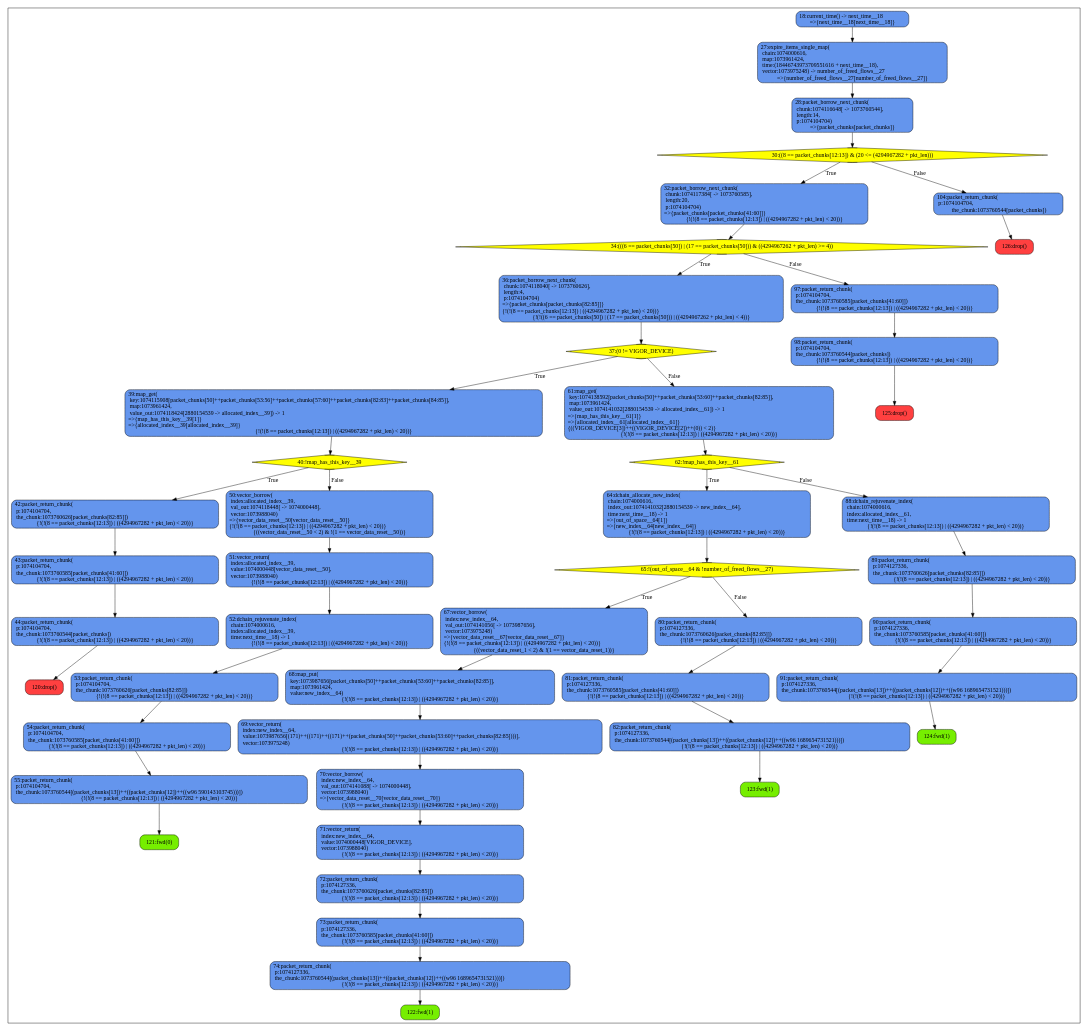
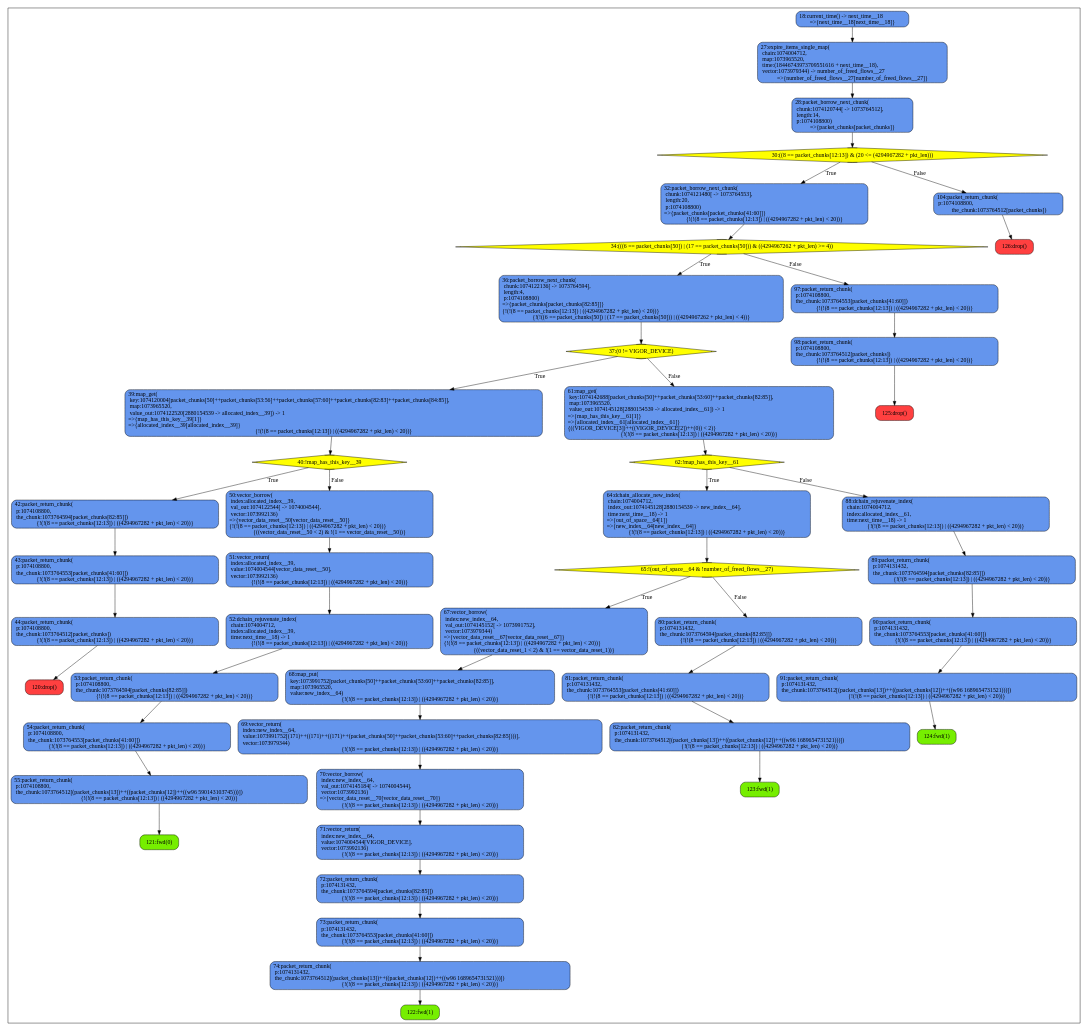
Before and after one commit to gui-baeta/synapse: the diagram in bdds/fw.gv, drawn with Graphviz. The commit also changed 45 other files, not shown here.

```diff
--- a/bdds/fw.gv
+++ b/bdds/fw.gv
@@ -3,97 +3,97 @@
 	subgraph clusterprocess {
 		node [style="rounded,filled",color=black];
 		120 [label="120:drop()", fillcolor="brown1"];
-		44 [label="44:packet_return_chunk(\l  p:1074104704,\l  the_chunk:1073760544[packet_chunks])\l{!(!(8 == packet_chunks[12:13]) | ((4294967282 + pkt_len) < 20))}", fillcolor="cornflowerblue"];
+		44 [label="44:packet_return_chunk(\l  p:1074108800,\l  the_chunk:1073764512[packet_chunks])\l{!(!(8 == packet_chunks[12:13]) | ((4294967282 + pkt_len) < 20))}", fillcolor="cornflowerblue"];
 		44 -> 120;
-		43 [label="43:packet_return_chunk(\l  p:1074104704,\l  the_chunk:1073760585[packet_chunks[41:60]])\l{!(!(8 == packet_chunks[12:13]) | ((4294967282 + pkt_len) < 20))}", fillcolor="cornflowerblue"];
+		43 [label="43:packet_return_chunk(\l  p:1074108800,\l  the_chunk:1073764553[packet_chunks[41:60]])\l{!(!(8 == packet_chunks[12:13]) | ((4294967282 + pkt_len) < 20))}", fillcolor="cornflowerblue"];
 		43 -> 44;
-		42 [label="42:packet_return_chunk(\l  p:1074104704,\l  the_chunk:1073760626[packet_chunks[82:85]])\l{!(!(8 == packet_chunks[12:13]) | ((4294967282 + pkt_len) < 20))}", fillcolor="cornflowerblue"];
+		42 [label="42:packet_return_chunk(\l  p:1074108800,\l  the_chunk:1073764594[packet_chunks[82:85]])\l{!(!(8 == packet_chunks[12:13]) | ((4294967282 + pkt_len) < 20))}", fillcolor="cornflowerblue"];
 		42 -> 43;
 		121 [label="121:fwd(0)", fillcolor="chartreuse2"];
-		55 [label="55:packet_return_chunk(\l  p:1074104704,\l  the_chunk:1073760544[(packet_chunks[13])++((packet_chunks[12])++((w96 590143103745)))])\l{!(!(8 == packet_chunks[12:13]) | ((4294967282 + pkt_len) < 20))}", fillcolor="cornflowerblue"];
+		55 [label="55:packet_return_chunk(\l  p:1074108800,\l  the_chunk:1073764512[(packet_chunks[13])++((packet_chunks[12])++((w96 590143103745)))])\l{!(!(8 == packet_chunks[12:13]) | ((4294967282 + pkt_len) < 20))}", fillcolor="cornflowerblue"];
 		55 -> 121;
-		54 [label="54:packet_return_chunk(\l  p:1074104704,\l  the_chunk:1073760585[packet_chunks[41:60]])\l{!(!(8 == packet_chunks[12:13]) | ((4294967282 + pkt_len) < 20))}", fillcolor="cornflowerblue"];
+		54 [label="54:packet_return_chunk(\l  p:1074108800,\l  the_chunk:1073764553[packet_chunks[41:60]])\l{!(!(8 == packet_chunks[12:13]) | ((4294967282 + pkt_len) < 20))}", fillcolor="cornflowerblue"];
 		54 -> 55;
-		53 [label="53:packet_return_chunk(\l  p:1074104704,\l  the_chunk:1073760626[packet_chunks[82:85]])\l{!(!(8 == packet_chunks[12:13]) | ((4294967282 + pkt_len) < 20))}", fillcolor="cornflowerblue"];
+		53 [label="53:packet_return_chunk(\l  p:1074108800,\l  the_chunk:1073764594[packet_chunks[82:85]])\l{!(!(8 == packet_chunks[12:13]) | ((4294967282 + pkt_len) < 20))}", fillcolor="cornflowerblue"];
 		53 -> 54;
-		52 [label="52:dchain_rejuvenate_index(\l  chain:1074000616,\l  index:allocated_index__39,\l  time:next_time__18) -> 1\l{!(!(8 == packet_chunks[12:13]) | ((4294967282 + pkt_len) < 20))}", fillcolor="cornflowerblue"];
+		52 [label="52:dchain_rejuvenate_index(\l  chain:1074004712,\l  index:allocated_index__39,\l  time:next_time__18) -> 1\l{!(!(8 == packet_chunks[12:13]) | ((4294967282 + pkt_len) < 20))}", fillcolor="cornflowerblue"];
 		52 -> 53;
-		51 [label="51:vector_return(\l  index:allocated_index__39,\l  value:1074000448[vector_data_reset__50],\l  vector:1073988040)\l{!(!(8 == packet_chunks[12:13]) | ((4294967282 + pkt_len) < 20))}", fillcolor="cornflowerblue"];
+		51 [label="51:vector_return(\l  index:allocated_index__39,\l  value:1074004544[vector_data_reset__50],\l  vector:1073992136)\l{!(!(8 == packet_chunks[12:13]) | ((4294967282 + pkt_len) < 20))}", fillcolor="cornflowerblue"];
 		51 -> 52;
-		50 [label="50:vector_borrow(\l  index:allocated_index__39,\l  val_out:1074118448[ -> 1074000448],\l  vector:1073988040)\l=>{vector_data_reset__50[vector_data_reset__50]}\l{!(!(8 == packet_chunks[12:13]) | ((4294967282 + pkt_len) < 20))}\l{((vector_data_reset__50 < 2) & !(1 == vector_data_reset__50))}", fillcolor="cornflowerblue"];
+		50 [label="50:vector_borrow(\l  index:allocated_index__39,\l  val_out:1074122544[ -> 1074004544],\l  vector:1073992136)\l=>{vector_data_reset__50[vector_data_reset__50]}\l{!(!(8 == packet_chunks[12:13]) | ((4294967282 + pkt_len) < 20))}\l{((vector_data_reset__50 < 2) & !(1 == vector_data_reset__50))}", fillcolor="cornflowerblue"];
 		50 -> 51;
 		40 [shape=Mdiamond, label="40:!map_has_this_key__39", fillcolor="yellow"];
 		40 -> 42 [label="True"];
 		40 -> 50 [label="False"];
-		39 [label="39:map_get(\l  key:1074115908[packet_chunks[50]++packet_chunks[53:56]++packet_chunks[57:60]++packet_chunks[82:83]++packet_chunks[84:85]],\l  map:1073961424,\l  value_out:1074118424[2880154539 -> allocated_index__39]) -> 1\l=>{map_has_this_key__39[1]}\l=>{allocated_index__39[allocated_index__39]}\l{!(!(8 == packet_chunks[12:13]) | ((4294967282 + pkt_len) < 20))}", fillcolor="cornflowerblue"];
+		39 [label="39:map_get(\l  key:1074120004[packet_chunks[50]++packet_chunks[53:56]++packet_chunks[57:60]++packet_chunks[82:83]++packet_chunks[84:85]],\l  map:1073965520,\l  value_out:1074122520[2880154539 -> allocated_index__39]) -> 1\l=>{map_has_this_key__39[1]}\l=>{allocated_index__39[allocated_index__39]}\l{!(!(8 == packet_chunks[12:13]) | ((4294967282 + pkt_len) < 20))}", fillcolor="cornflowerblue"];
 		39 -> 40;
 		122 [label="122:fwd(1)", fillcolor="chartreuse2"];
-		74 [label="74:packet_return_chunk(\l  p:1074127336,\l  the_chunk:1073760544[(packet_chunks[13])++((packet_chunks[12])++((w96 1689654731521)))])\l{!(!(8 == packet_chunks[12:13]) | ((4294967282 + pkt_len) < 20))}", fillcolor="cornflowerblue"];
+		74 [label="74:packet_return_chunk(\l  p:1074131432,\l  the_chunk:1073764512[(packet_chunks[13])++((packet_chunks[12])++((w96 1689654731521)))])\l{!(!(8 == packet_chunks[12:13]) | ((4294967282 + pkt_len) < 20))}", fillcolor="cornflowerblue"];
 		74 -> 122;
-		73 [label="73:packet_return_chunk(\l  p:1074127336,\l  the_chunk:1073760585[packet_chunks[41:60]])\l{!(!(8 == packet_chunks[12:13]) | ((4294967282 + pkt_len) < 20))}", fillcolor="cornflowerblue"];
+		73 [label="73:packet_return_chunk(\l  p:1074131432,\l  the_chunk:1073764553[packet_chunks[41:60]])\l{!(!(8 == packet_chunks[12:13]) | ((4294967282 + pkt_len) < 20))}", fillcolor="cornflowerblue"];
 		73 -> 74;
-		72 [label="72:packet_return_chunk(\l  p:1074127336,\l  the_chunk:1073760626[packet_chunks[82:85]])\l{!(!(8 == packet_chunks[12:13]) | ((4294967282 + pkt_len) < 20))}", fillcolor="cornflowerblue"];
+		72 [label="72:packet_return_chunk(\l  p:1074131432,\l  the_chunk:1073764594[packet_chunks[82:85]])\l{!(!(8 == packet_chunks[12:13]) | ((4294967282 + pkt_len) < 20))}", fillcolor="cornflowerblue"];
 		72 -> 73;
-		71 [label="71:vector_return(\l  index:new_index__64,\l  value:1074000448[VIGOR_DEVICE],\l  vector:1073988040)\l{!(!(8 == packet_chunks[12:13]) | ((4294967282 + pkt_len) < 20))}", fillcolor="cornflowerblue"];
+		71 [label="71:vector_return(\l  index:new_index__64,\l  value:1074004544[VIGOR_DEVICE],\l  vector:1073992136)\l{!(!(8 == packet_chunks[12:13]) | ((4294967282 + pkt_len) < 20))}", fillcolor="cornflowerblue"];
 		71 -> 72;
-		70 [label="70:vector_borrow(\l  index:new_index__64,\l  val_out:1074141088[ -> 1074000448],\l  vector:1073988040)\l=>{vector_data_reset__70[vector_data_reset__70]}\l{!(!(8 == packet_chunks[12:13]) | ((4294967282 + pkt_len) < 20))}", fillcolor="cornflowerblue"];
+		70 [label="70:vector_borrow(\l  index:new_index__64,\l  val_out:1074145184[ -> 1074004544],\l  vector:1073992136)\l=>{vector_data_reset__70[vector_data_reset__70]}\l{!(!(8 == packet_chunks[12:13]) | ((4294967282 + pkt_len) < 20))}", fillcolor="cornflowerblue"];
 		70 -> 71;
-		69 [label="69:vector_return(\l  index:new_index__64,\l  value:1073987656[(171)++((171)++((171)++(packet_chunks[50]++packet_chunks[53:60]++packet_chunks[82:85])))],\l  vector:1073975248)\l{!(!(8 == packet_chunks[12:13]) | ((4294967282 + pkt_len) < 20))}", fillcolor="cornflowerblue"];
+		69 [label="69:vector_return(\l  index:new_index__64,\l  value:1073991752[(171)++((171)++((171)++(packet_chunks[50]++packet_chunks[53:60]++packet_chunks[82:85])))],\l  vector:1073979344)\l{!(!(8 == packet_chunks[12:13]) | ((4294967282 + pkt_len) < 20))}", fillcolor="cornflowerblue"];
 		69 -> 70;
-		68 [label="68:map_put(\l  key:1073987656[packet_chunks[50]++packet_chunks[53:60]++packet_chunks[82:85]],\l  map:1073961424,\l  value:new_index__64)\l{!(!(8 == packet_chunks[12:13]) | ((4294967282 + pkt_len) < 20))}", fillcolor="cornflowerblue"];
+		68 [label="68:map_put(\l  key:1073991752[packet_chunks[50]++packet_chunks[53:60]++packet_chunks[82:85]],\l  map:1073965520,\l  value:new_index__64)\l{!(!(8 == packet_chunks[12:13]) | ((4294967282 + pkt_len) < 20))}", fillcolor="cornflowerblue"];
 		68 -> 69;
-		67 [label="67:vector_borrow(\l  index:new_index__64,\l  val_out:1074141056[ -> 1073987656],\l  vector:1073975248)\l=>{vector_data_reset__67[vector_data_reset__67]}\l{!(!(8 == packet_chunks[12:13]) | ((4294967282 + pkt_len) < 20))}\l{((vector_data_reset_1 < 2) & !(1 == vector_data_reset_1))}", fillcolor="cornflowerblue"];
+		67 [label="67:vector_borrow(\l  index:new_index__64,\l  val_out:1074145152[ -> 1073991752],\l  vector:1073979344)\l=>{vector_data_reset__67[vector_data_reset__67]}\l{!(!(8 == packet_chunks[12:13]) | ((4294967282 + pkt_len) < 20))}\l{((vector_data_reset_1 < 2) & !(1 == vector_data_reset_1))}", fillcolor="cornflowerblue"];
 		67 -> 68;
 		123 [label="123:fwd(1)", fillcolor="chartreuse2"];
-		82 [label="82:packet_return_chunk(\l  p:1074127336,\l  the_chunk:1073760544[(packet_chunks[13])++((packet_chunks[12])++((w96 1689654731521)))])\l{!(!(8 == packet_chunks[12:13]) | ((4294967282 + pkt_len) < 20))}", fillcolor="cornflowerblue"];
+		82 [label="82:packet_return_chunk(\l  p:1074131432,\l  the_chunk:1073764512[(packet_chunks[13])++((packet_chunks[12])++((w96 1689654731521)))])\l{!(!(8 == packet_chunks[12:13]) | ((4294967282 + pkt_len) < 20))}", fillcolor="cornflowerblue"];
 		82 -> 123;
-		81 [label="81:packet_return_chunk(\l  p:1074127336,\l  the_chunk:1073760585[packet_chunks[41:60]])\l{!(!(8 == packet_chunks[12:13]) | ((4294967282 + pkt_len) < 20))}", fillcolor="cornflowerblue"];
+		81 [label="81:packet_return_chunk(\l  p:1074131432,\l  the_chunk:1073764553[packet_chunks[41:60]])\l{!(!(8 == packet_chunks[12:13]) | ((4294967282 + pkt_len) < 20))}", fillcolor="cornflowerblue"];
 		81 -> 82;
-		80 [label="80:packet_return_chunk(\l  p:1074127336,\l  the_chunk:1073760626[packet_chunks[82:85]])\l{!(!(8 == packet_chunks[12:13]) | ((4294967282 + pkt_len) < 20))}", fillcolor="cornflowerblue"];
+		80 [label="80:packet_return_chunk(\l  p:1074131432,\l  the_chunk:1073764594[packet_chunks[82:85]])\l{!(!(8 == packet_chunks[12:13]) | ((4294967282 + pkt_len) < 20))}", fillcolor="cornflowerblue"];
 		80 -> 81;
 		65 [shape=Mdiamond, label="65:!(out_of_space__64 & !number_of_freed_flows__27)", fillcolor="yellow"];
 		65 -> 67 [label="True"];
 		65 -> 80 [label="False"];
-		64 [label="64:dchain_allocate_new_index(\l  chain:1074000616,\l  index_out:1074141032[2880154539 -> new_index__64],\l  time:next_time__18) -> 1\l=>{out_of_space__64[1]}\l=>{new_index__64[new_index__64]}\l{!(!(8 == packet_chunks[12:13]) | ((4294967282 + pkt_len) < 20))}", fillcolor="cornflowerblue"];
+		64 [label="64:dchain_allocate_new_index(\l  chain:1074004712,\l  index_out:1074145128[2880154539 -> new_index__64],\l  time:next_time__18) -> 1\l=>{out_of_space__64[1]}\l=>{new_index__64[new_index__64]}\l{!(!(8 == packet_chunks[12:13]) | ((4294967282 + pkt_len) < 20))}", fillcolor="cornflowerblue"];
 		64 -> 65;
 		124 [label="124:fwd(1)", fillcolor="chartreuse2"];
-		91 [label="91:packet_return_chunk(\l  p:1074127336,\l  the_chunk:1073760544[(packet_chunks[13])++((packet_chunks[12])++((w96 1689654731521)))])\l{!(!(8 == packet_chunks[12:13]) | ((4294967282 + pkt_len) < 20))}", fillcolor="cornflowerblue"];
+		91 [label="91:packet_return_chunk(\l  p:1074131432,\l  the_chunk:1073764512[(packet_chunks[13])++((packet_chunks[12])++((w96 1689654731521)))])\l{!(!(8 == packet_chunks[12:13]) | ((4294967282 + pkt_len) < 20))}", fillcolor="cornflowerblue"];
 		91 -> 124;
-		90 [label="90:packet_return_chunk(\l  p:1074127336,\l  the_chunk:1073760585[packet_chunks[41:60]])\l{!(!(8 == packet_chunks[12:13]) | ((4294967282 + pkt_len) < 20))}", fillcolor="cornflowerblue"];
+		90 [label="90:packet_return_chunk(\l  p:1074131432,\l  the_chunk:1073764553[packet_chunks[41:60]])\l{!(!(8 == packet_chunks[12:13]) | ((4294967282 + pkt_len) < 20))}", fillcolor="cornflowerblue"];
 		90 -> 91;
-		89 [label="89:packet_return_chunk(\l  p:1074127336,\l  the_chunk:1073760626[packet_chunks[82:85]])\l{!(!(8 == packet_chunks[12:13]) | ((4294967282 + pkt_len) < 20))}", fillcolor="cornflowerblue"];
+		89 [label="89:packet_return_chunk(\l  p:1074131432,\l  the_chunk:1073764594[packet_chunks[82:85]])\l{!(!(8 == packet_chunks[12:13]) | ((4294967282 + pkt_len) < 20))}", fillcolor="cornflowerblue"];
 		89 -> 90;
-		88 [label="88:dchain_rejuvenate_index(\l  chain:1074000616,\l  index:allocated_index__61,\l  time:next_time__18) -> 1\l{!(!(8 == packet_chunks[12:13]) | ((4294967282 + pkt_len) < 20))}", fillcolor="cornflowerblue"];
+		88 [label="88:dchain_rejuvenate_index(\l  chain:1074004712,\l  index:allocated_index__61,\l  time:next_time__18) -> 1\l{!(!(8 == packet_chunks[12:13]) | ((4294967282 + pkt_len) < 20))}", fillcolor="cornflowerblue"];
 		88 -> 89;
 		62 [shape=Mdiamond, label="62:!map_has_this_key__61", fillcolor="yellow"];
 		62 -> 64 [label="True"];
 		62 -> 88 [label="False"];
-		61 [label="61:map_get(\l  key:1074138592[packet_chunks[50]++packet_chunks[53:60]++packet_chunks[82:85]],\l  map:1073961424,\l  value_out:1074141032[2880154539 -> allocated_index__61]) -> 1\l=>{map_has_this_key__61[1]}\l=>{allocated_index__61[allocated_index__61]}\l{((VIGOR_DEVICE[3])++((VIGOR_DEVICE[2])++(0)) < 2)}\l{!(!(8 == packet_chunks[12:13]) | ((4294967282 + pkt_len) < 20))}", fillcolor="cornflowerblue"];
+		61 [label="61:map_get(\l  key:1074142688[packet_chunks[50]++packet_chunks[53:60]++packet_chunks[82:85]],\l  map:1073965520,\l  value_out:1074145128[2880154539 -> allocated_index__61]) -> 1\l=>{map_has_this_key__61[1]}\l=>{allocated_index__61[allocated_index__61]}\l{((VIGOR_DEVICE[3])++((VIGOR_DEVICE[2])++(0)) < 2)}\l{!(!(8 == packet_chunks[12:13]) | ((4294967282 + pkt_len) < 20))}", fillcolor="cornflowerblue"];
 		61 -> 62;
 		37 [shape=Mdiamond, label="37:(0 != VIGOR_DEVICE)", fillcolor="yellow"];
 		37 -> 39 [label="True"];
 		37 -> 61 [label="False"];
-		36 [label="36:packet_borrow_next_chunk(\l  chunk:1074118040[ -> 1073760626],\l  length:4,\l  p:1074104704)\l=>{packet_chunks[packet_chunks[82:85]]}\l{!(!(8 == packet_chunks[12:13]) | ((4294967282 + pkt_len) < 20))}\l{!(!((6 == packet_chunks[50]) | (17 == packet_chunks[50])) | ((4294967262 + pkt_len) < 4))}", fillcolor="cornflowerblue"];
+		36 [label="36:packet_borrow_next_chunk(\l  chunk:1074122136[ -> 1073764594],\l  length:4,\l  p:1074108800)\l=>{packet_chunks[packet_chunks[82:85]]}\l{!(!(8 == packet_chunks[12:13]) | ((4294967282 + pkt_len) < 20))}\l{!(!((6 == packet_chunks[50]) | (17 == packet_chunks[50])) | ((4294967262 + pkt_len) < 4))}", fillcolor="cornflowerblue"];
 		36 -> 37;
 		125 [label="125:drop()", fillcolor="brown1"];
-		98 [label="98:packet_return_chunk(\l  p:1074104704,\l  the_chunk:1073760544[packet_chunks])\l{!(!(8 == packet_chunks[12:13]) | ((4294967282 + pkt_len) < 20))}", fillcolor="cornflowerblue"];
+		98 [label="98:packet_return_chunk(\l  p:1074108800,\l  the_chunk:1073764512[packet_chunks])\l{!(!(8 == packet_chunks[12:13]) | ((4294967282 + pkt_len) < 20))}", fillcolor="cornflowerblue"];
 		98 -> 125;
-		97 [label="97:packet_return_chunk(\l  p:1074104704,\l  the_chunk:1073760585[packet_chunks[41:60]])\l{!(!(8 == packet_chunks[12:13]) | ((4294967282 + pkt_len) < 20))}", fillcolor="cornflowerblue"];
+		97 [label="97:packet_return_chunk(\l  p:1074108800,\l  the_chunk:1073764553[packet_chunks[41:60]])\l{!(!(8 == packet_chunks[12:13]) | ((4294967282 + pkt_len) < 20))}", fillcolor="cornflowerblue"];
 		97 -> 98;
 		34 [shape=Mdiamond, label="34:(((6 == packet_chunks[50]) | (17 == packet_chunks[50])) & ((4294967262 + pkt_len) >= 4))", fillcolor="yellow"];
 		34 -> 36 [label="True"];
 		34 -> 97 [label="False"];
-		32 [label="32:packet_borrow_next_chunk(\l  chunk:1074117384[ -> 1073760585],\l  length:20,\l  p:1074104704)\l=>{packet_chunks[packet_chunks[41:60]]}\l{!(!(8 == packet_chunks[12:13]) | ((4294967282 + pkt_len) < 20))}", fillcolor="cornflowerblue"];
+		32 [label="32:packet_borrow_next_chunk(\l  chunk:1074121480[ -> 1073764553],\l  length:20,\l  p:1074108800)\l=>{packet_chunks[packet_chunks[41:60]]}\l{!(!(8 == packet_chunks[12:13]) | ((4294967282 + pkt_len) < 20))}", fillcolor="cornflowerblue"];
 		32 -> 34;
 		126 [label="126:drop()", fillcolor="brown1"];
-		104 [label="104:packet_return_chunk(\l  p:1074104704,\l  the_chunk:1073760544[packet_chunks])", fillcolor="cornflowerblue"];
+		104 [label="104:packet_return_chunk(\l  p:1074108800,\l  the_chunk:1073764512[packet_chunks])", fillcolor="cornflowerblue"];
 		104 -> 126;
 		30 [shape=Mdiamond, label="30:((8 == packet_chunks[12:13]) & (20 <= (4294967282 + pkt_len)))", fillcolor="yellow"];
 		30 -> 32 [label="True"];
 		30 -> 104 [label="False"];
-		28 [label="28:packet_borrow_next_chunk(\l  chunk:1074116648[ -> 1073760544],\l  length:14,\l  p:1074104704)\l=>{packet_chunks[packet_chunks]}", fillcolor="cornflowerblue"];
+		28 [label="28:packet_borrow_next_chunk(\l  chunk:1074120744[ -> 1073764512],\l  length:14,\l  p:1074108800)\l=>{packet_chunks[packet_chunks]}", fillcolor="cornflowerblue"];
 		28 -> 30;
-		27 [label="27:expire_items_single_map(\l  chain:1074000616,\l  map:1073961424,\l  time:(18446743973709551616 + next_time__18),\l  vector:1073975248) -> number_of_freed_flows__27\l=>{number_of_freed_flows__27[number_of_freed_flows__27]}", fillcolor="cornflowerblue"];
+		27 [label="27:expire_items_single_map(\l  chain:1074004712,\l  map:1073965520,\l  time:(18446743973709551616 + next_time__18),\l  vector:1073979344) -> number_of_freed_flows__27\l=>{number_of_freed_flows__27[number_of_freed_flows__27]}", fillcolor="cornflowerblue"];
 		27 -> 28;
 		18 [label="18:current_time() -> next_time__18\l=>{next_time__18[next_time__18]}", fillcolor="cornflowerblue"];
 		18 -> 27;
```
